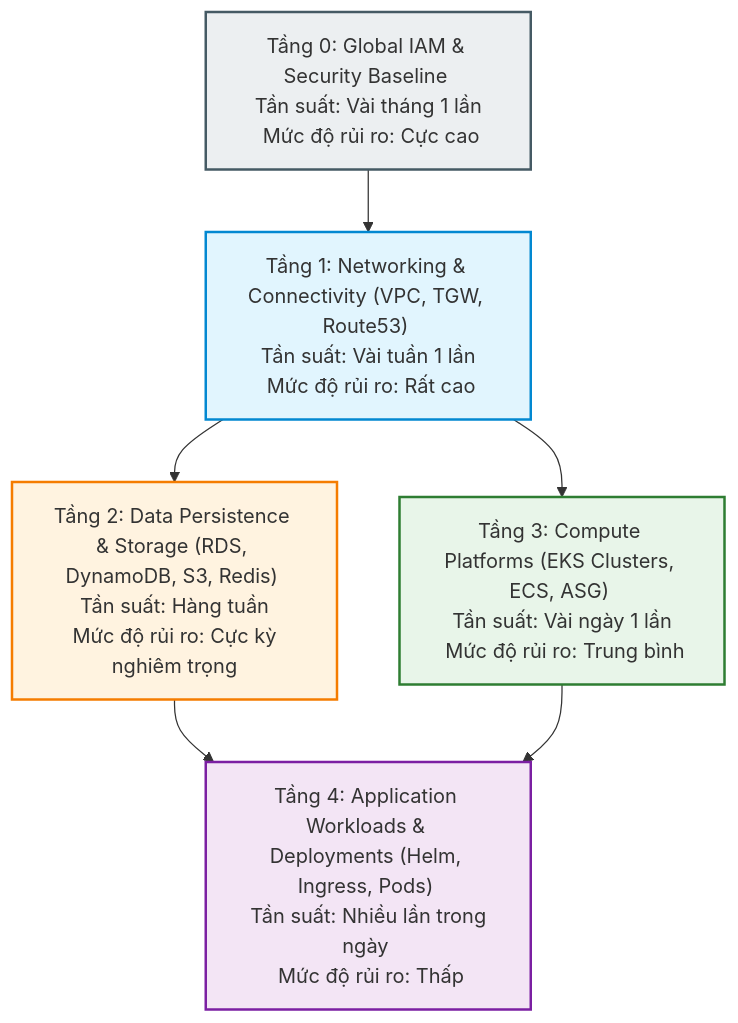
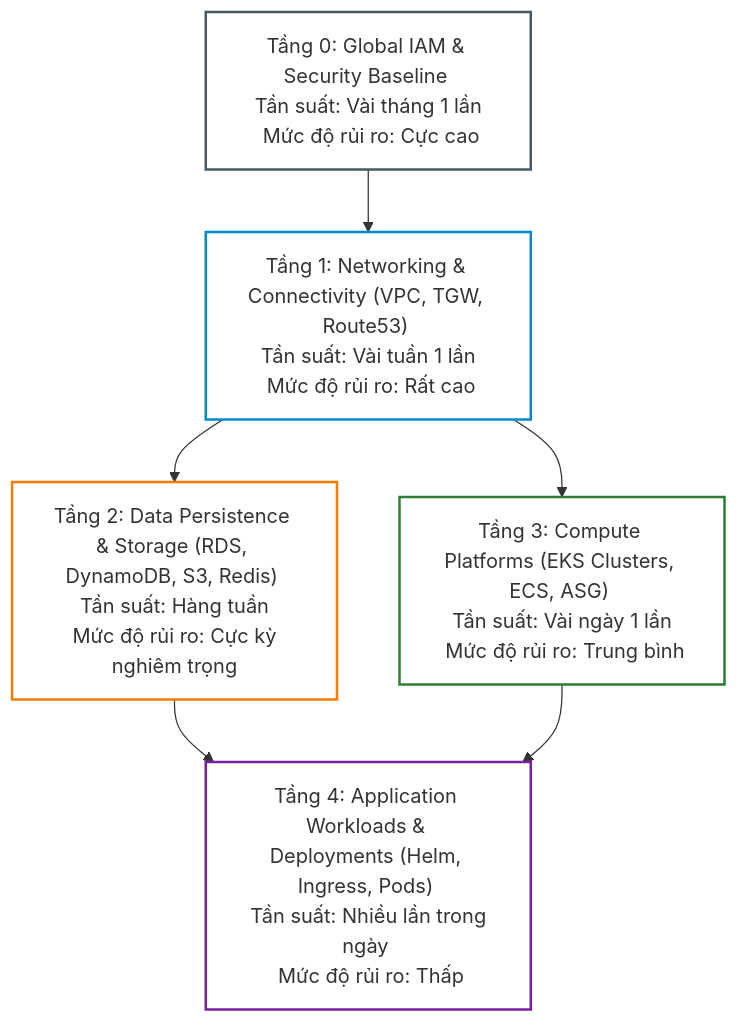
One commit to kiennt308/ntk changed the second of 6 diagrams in _posts/2026-09-13-terraform-25-25-quan-tri-blast-radius-va-to-chuc-codebase-ha-tang-enterprise.md. Above: the diagram before and after it, drawn with Mermaid. The commit also changed other lines of this file and 207 other files, not shown here.

Commit message:
feat(posts): batch standardize all 208 posts with TL;DR, qa-card accordion, fill:none mermaid, and liquid raw wrappers

````diff
--- a/_posts/2026-09-13-terraform-25-25-quan-tri-blast-radius-va-to-chuc-codebase-ha-tang-enterprise.md
+++ b/_posts/2026-09-13-terraform-25-25-quan-tri-blast-radius-va-to-chuc-codebase-ha-tang-enterprise.md
@@ -85,22 +89,22 @@
 ```mermaid
 graph TD
     L0["Tầng 0: Global IAM & Security Baseline \n Tần suất: Vài tháng 1 lần \n Mức độ rủi ro: Cực cao"]
     L1["Tầng 1: Networking & Connectivity (VPC, TGW, Route53) \n Tần suất: Vài tuần 1 lần \n Mức độ rủi ro: Rất cao"]
     L2["Tầng 2: Data Persistence & Storage (RDS, DynamoDB, S3, Redis) \n Tần suất: Hàng tuần \n Mức độ rủi ro: Cực kỳ nghiêm trọng"]
     L3["Tầng 3: Compute Platforms (EKS Clusters, ECS, ASG) \n Tần suất: Vài ngày 1 lần \n Mức độ rủi ro: Trung bình"]
     L4["Tầng 4: Application Workloads & Deployments (Helm, Ingress, Pods) \n Tần suất: Nhiều lần trong ngày \n Mức độ rủi ro: Thấp"]
 
     L0 --> L1
     L1 --> L2
     L1 --> L3
     L2 --> L4
     L3 --> L4
 
-    style L0 fill:#eceff1,stroke:#455a64,stroke-width:2px
-    style L1 fill:#e1f5fe,stroke:#0288d1,stroke-width:2px
-    style L2 fill:#fff3e0,stroke:#f57c00,stroke-width:2px
-    style L3 fill:#e8f5e9,stroke:#2e7d32,stroke-width:2px
-    style L4 fill:#f3e5f5,stroke:#7b1fa2,stroke-width:2px
+    style L0 fill:none,stroke:#455a64,stroke-width:2px
+    style L1 fill:none,stroke:#0288d1,stroke-width:2px
+    style L2 fill:none,stroke:#f57c00,stroke-width:2px
+    style L3 fill:none,stroke:#2e7d32,stroke-width:2px
+    style L4 fill:none,stroke:#7b1fa2,stroke-width:2px
 
 
 ```
````
